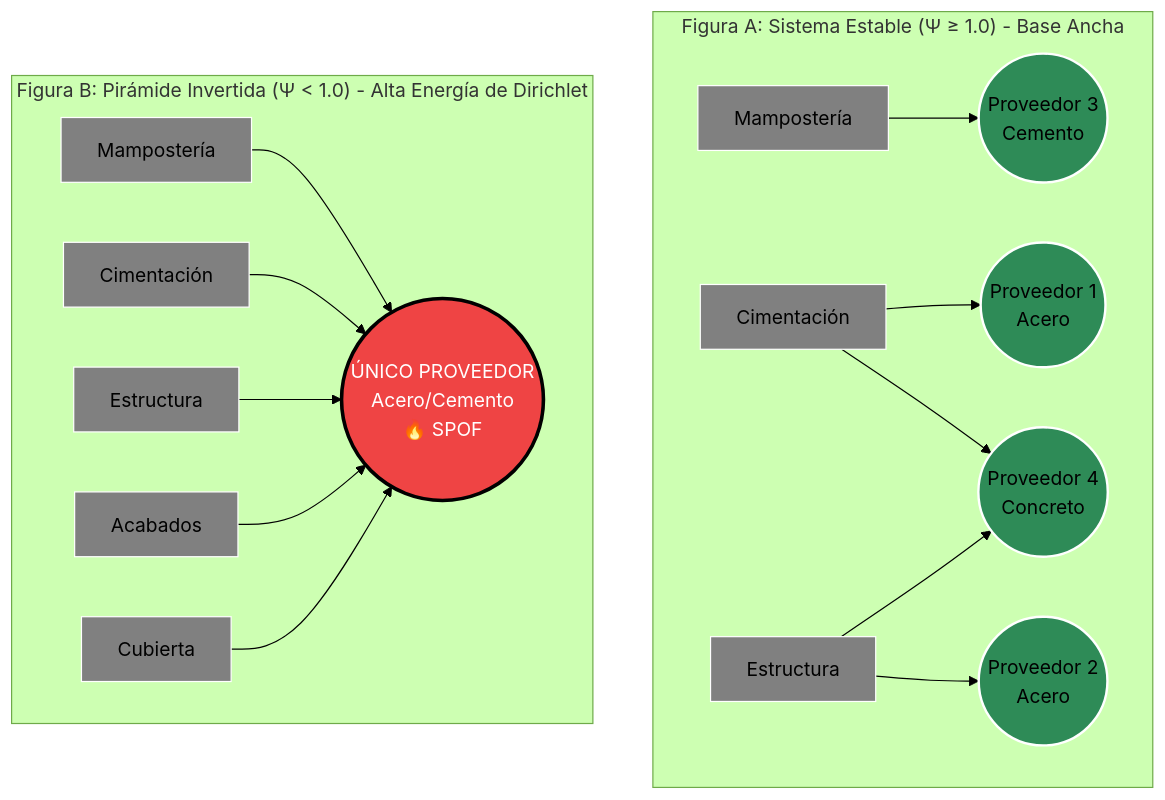
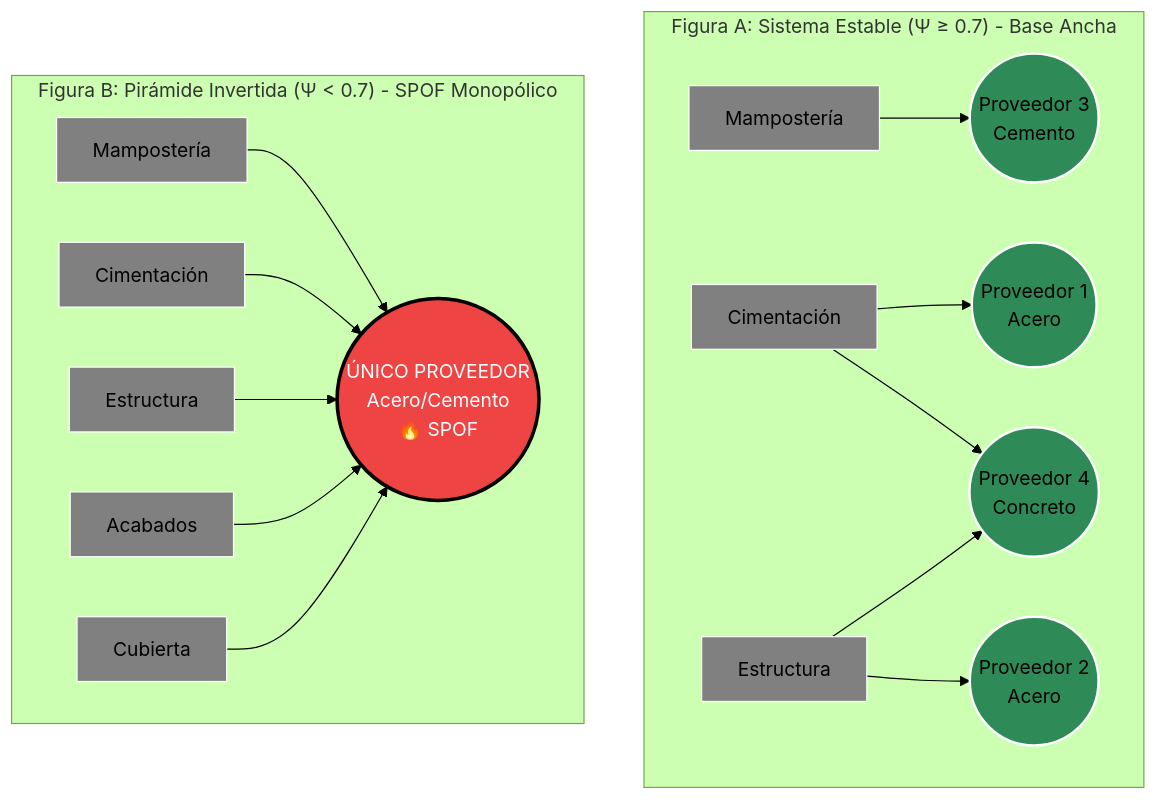
Before and after one commit to Gerard003-ecu/apu_filter: the diagram in topologia.md, drawn with Mermaid (forest theme). The commit also changed other lines of this file and 6 other files, not shown here.

First line of the commit message:
docs: enrich core architecture manifests with Wisdom sovereigns and boardroom metaphors

````diff
--- a/topologia.md
+++ b/topologia.md
@@ -80,40 +68,39 @@
 ```mermaid
 graph TD
-    %% Estilos de Nodos Topológicos
     classDef stable fill:#2e8b57,stroke:#fff,stroke-width:2px;
     classDef spof fill:#ef4444,stroke:#000,stroke-width:3px,color:#fff;
     classDef apu fill:#808080,stroke:#fff,stroke-width:1px;
 
-    subgraph "Figura A: Sistema Estable (Ψ ≥ 1.0) - Base Ancha"
+    subgraph "Figura A: Sistema Estable (Ψ ≥ 0.7) - Base Ancha"
         APU1_A[Mampostería]:::apu
         APU2_A[Cimentación]:::apu
         APU3_A[Estructura]:::apu
 
         P1_A((Proveedor 1<br>Acero)):::stable
         P2_A((Proveedor 2<br>Acero)):::stable
         P3_A((Proveedor 3<br>Cemento)):::stable
         P4_A((Proveedor 4<br>Concreto)):::stable
 
         APU1_A --> P3_A
         APU2_A --> P4_A
         APU2_A --> P1_A
         APU3_A --> P2_A
         APU3_A --> P4_A
     end
 
-    subgraph "Figura B: Pirámide Invertida (Ψ < 1.0) - Alta Energía de Dirichlet"
+    subgraph "Figura B: Pirámide Invertida (Ψ < 0.7) - SPOF Monopólico"
         APU1_B[Mampostería]:::apu
         APU2_B[Cimentación]:::apu
         APU3_B[Estructura]:::apu
         APU4_B[Acabados]:::apu
         APU5_B[Cubierta]:::apu
 
         SPOF((ÚNICO PROVEEDOR<br>Acero/Cemento<br>🔥 SPOF)):::spof
 
         APU1_B --> SPOF
         APU2_B --> SPOF
         APU3_B --> SPOF
         APU4_B --> SPOF
         APU5_B --> SPOF
     end
 ```
````
